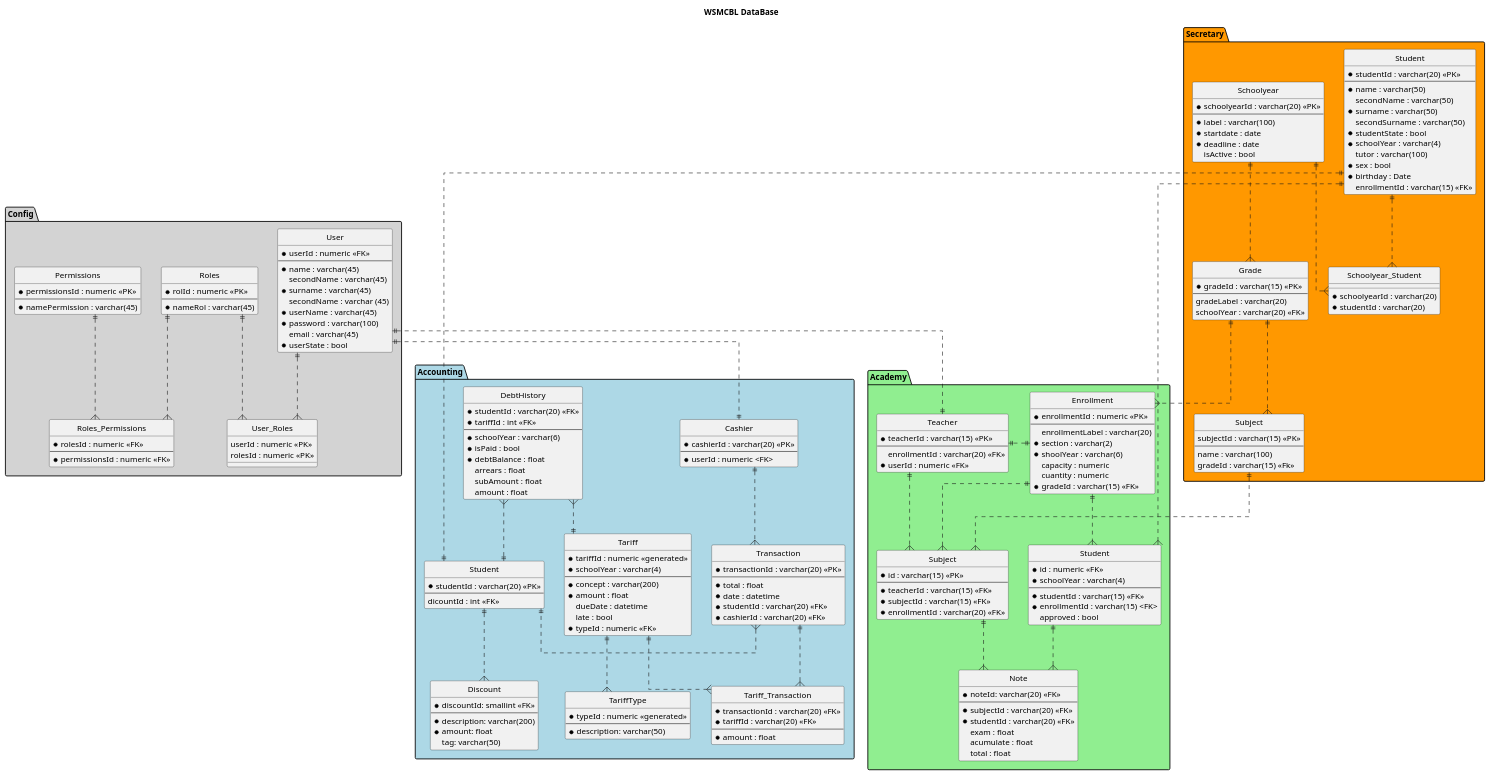
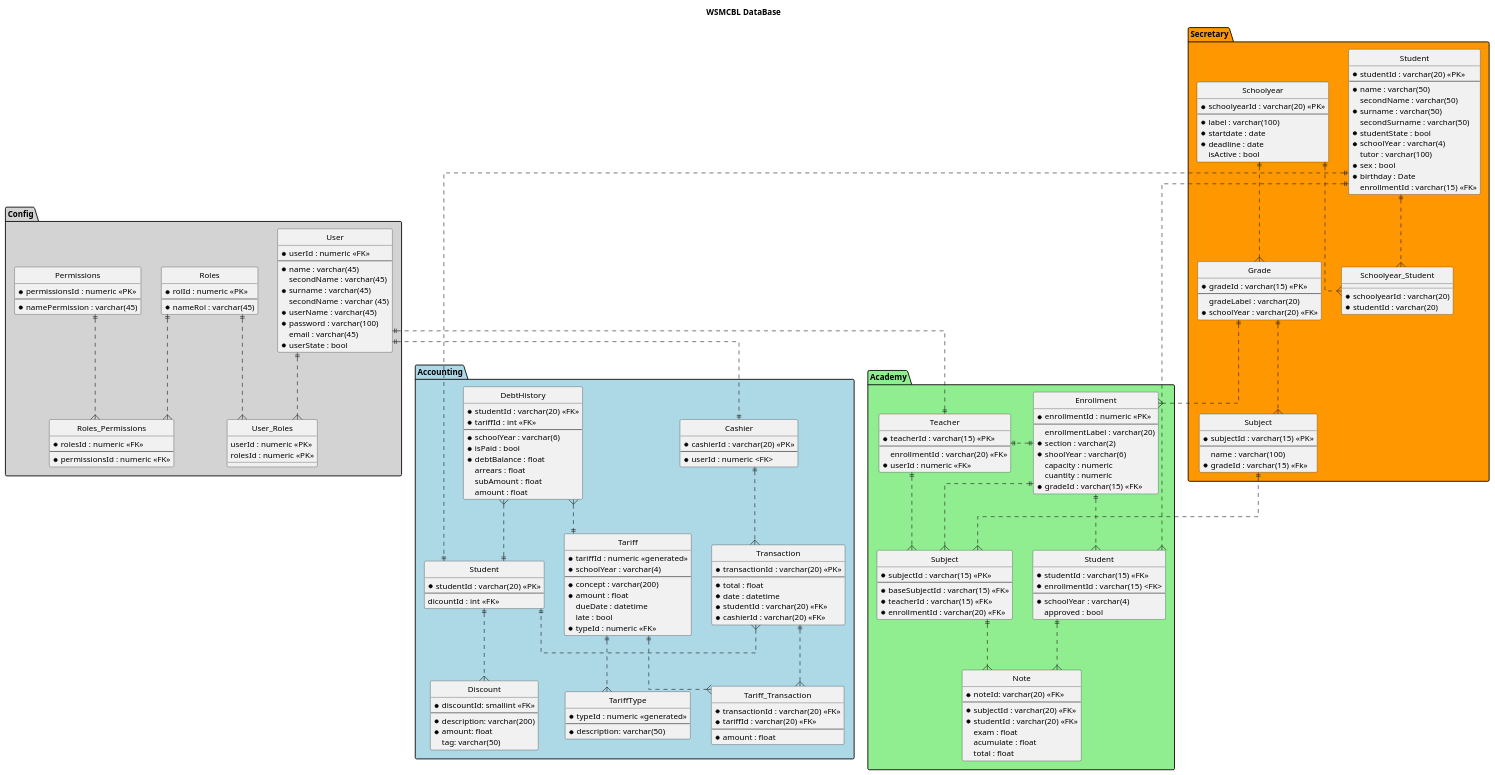
Before and after one commit to wsmcbl/wsmcbl.doc: the diagram in DesignView/database.puml, drawn with PlantUML. The commit also changed 2 other files, not shown here.

```diff
--- a/DesignView/database.puml
+++ b/DesignView/database.puml
@@ -94,15 +94,15 @@
         *gradeId : varchar(15) <<PK>>
         --
         gradeLabel : varchar(20)
-        schoolYear : varchar(20) <<FK>>
+        * schoolYear : varchar(20) <<FK>>
     }
 
     entity Subject
     {
-        subjectId : varchar(15) <<PK>>
+        * subjectId : varchar(15) <<PK>>
         --
         name : varchar(100)
-        gradeId : varchar(15) <<Fk>>
+        * gradeId : varchar(15) <<Fk>>
     }
 
     Student ||..{ Schoolyear_Student
@@ -220,20 +220,19 @@
 
     entity Subject
     {
-        * id : varchar(15) <<PK>>
+        * subjectId : varchar(15) <<PK>>
         --
+        * baseSubjectId : varchar(15) <<FK>>
         * teacherId : varchar(15) <<FK>>
-        * subjectId : varchar(15) <<FK>>
         * enrollmentId : varchar(20) <<FK>>
     }
 
     entity Student
     {
-        * id : numeric <<FK>>
-        * schoolYear : varchar(4)
-        --
         * studentId : varchar(15) <<FK>>
         * enrollmentId : varchar(15) <FK>
+        --
+        * schoolYear : varchar(4)
         approved : bool
     }
 
```
